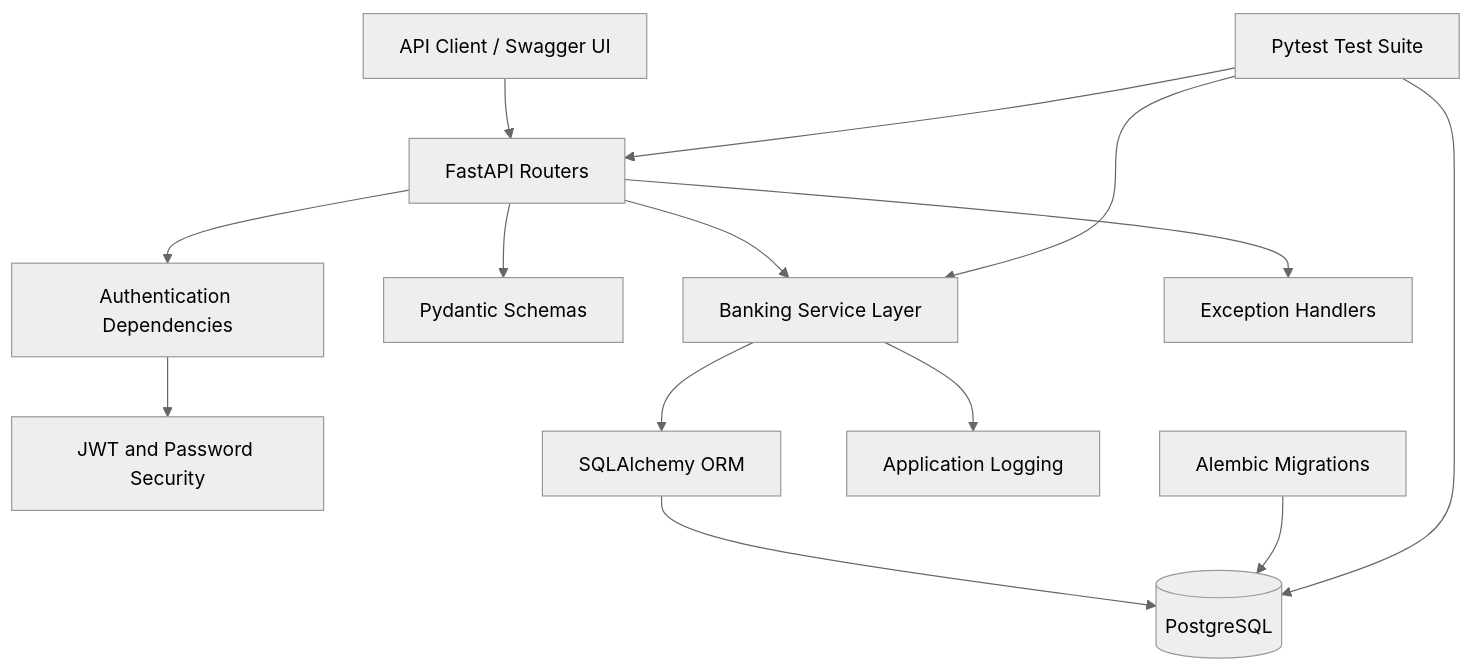
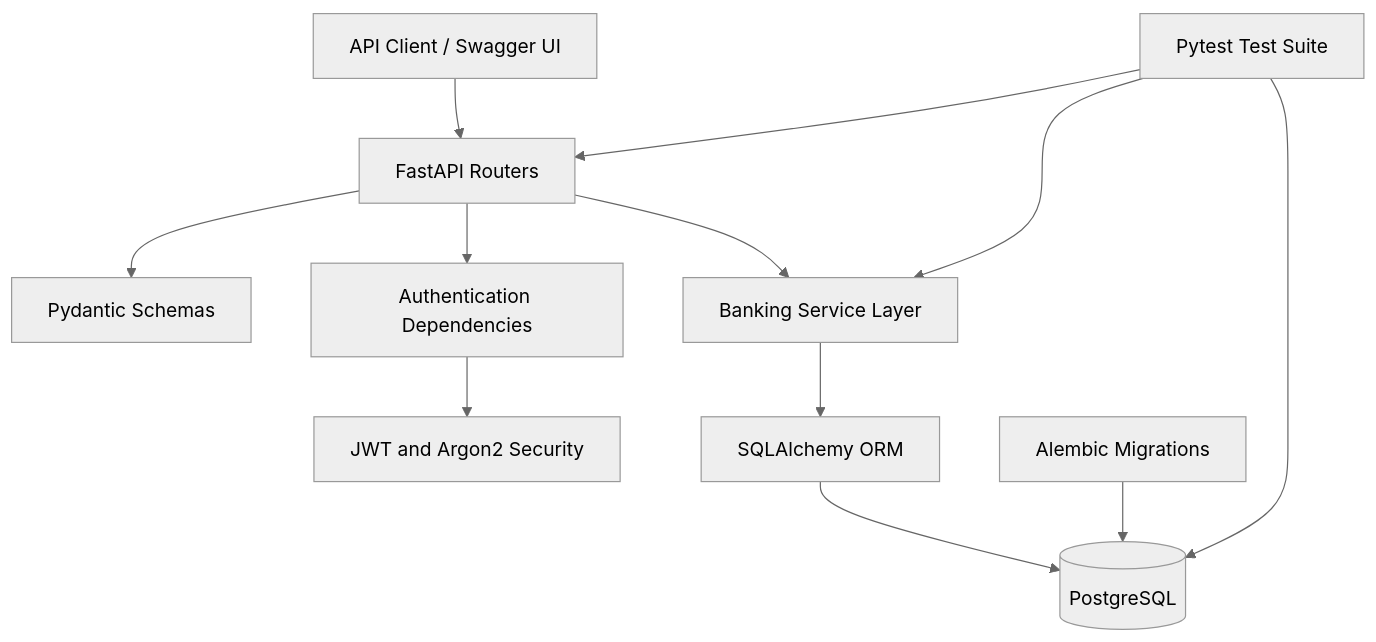
One commit to VishnuMavilla004/digital-banking-backend changed the first of 4 diagrams in docs/ARCHITECTURE.md. Above: the diagram before and after it, drawn with Mermaid (neutral theme). The commit also changed other lines of this file and 7 other files, not shown here.

````diff
--- a/docs/ARCHITECTURE.md
+++ b/docs/ARCHITECTURE.md
@@ -6,22 +21,21 @@
 ```mermaid
 flowchart TD
     Client[API Client / Swagger UI]
 
     Client --> Router[FastAPI Routers]
 
+    Router --> Schema[Pydantic Schemas]
     Router --> Auth[Authentication Dependencies]
-    Router --> Schema[Pydantic Schemas]
     Router --> Service[Banking Service Layer]
 
-    Auth --> Security[JWT and Password Security]
+    Auth --> Security[JWT and Argon2 Security]
     Service --> ORM[SQLAlchemy ORM]
+
     ORM --> DB[(PostgreSQL)]
 
-    Router --> Exception[Exception Handlers]
-    Service --> Logging[Application Logging]
+    Migration[Alembic Migrations] --> DB
 
-    Migration[Alembic Migrations] --> DB
     Tests[Pytest Test Suite] --> Router
     Tests --> Service
     Tests --> DB
 ```
````
